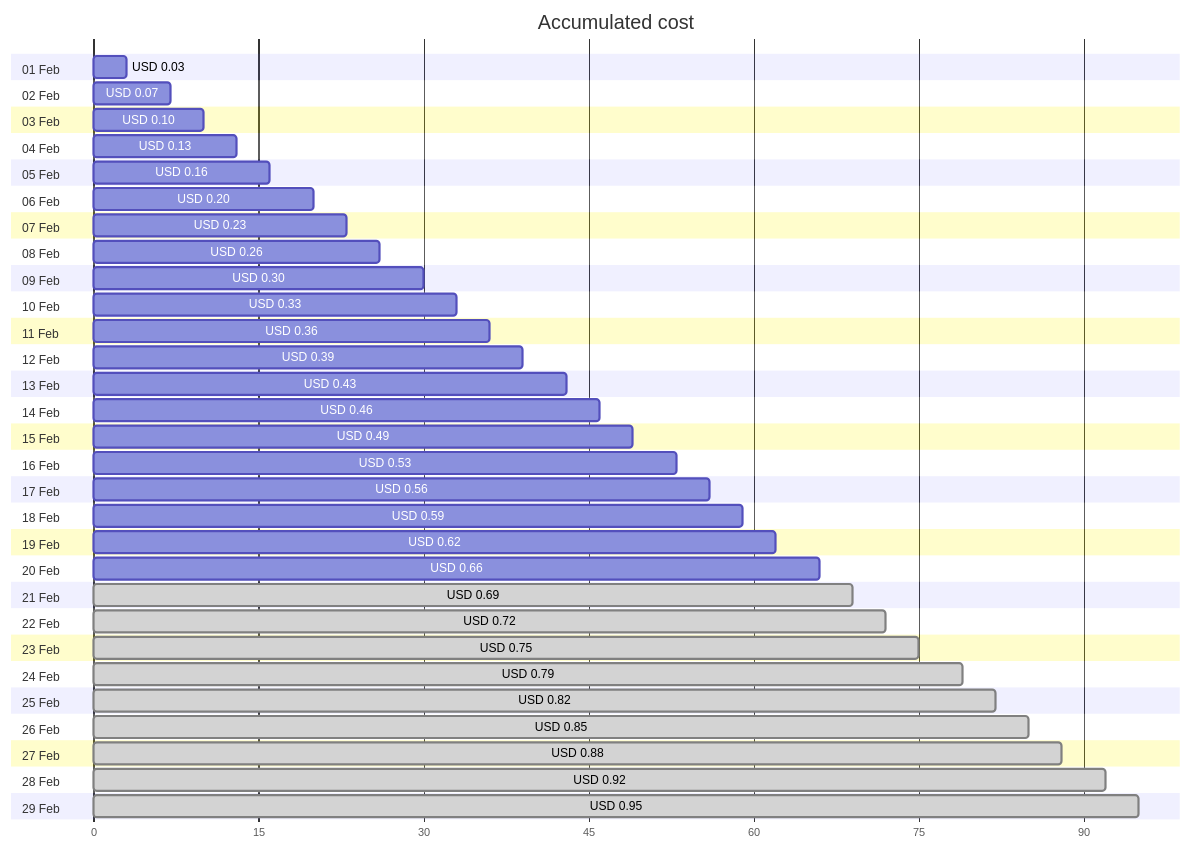
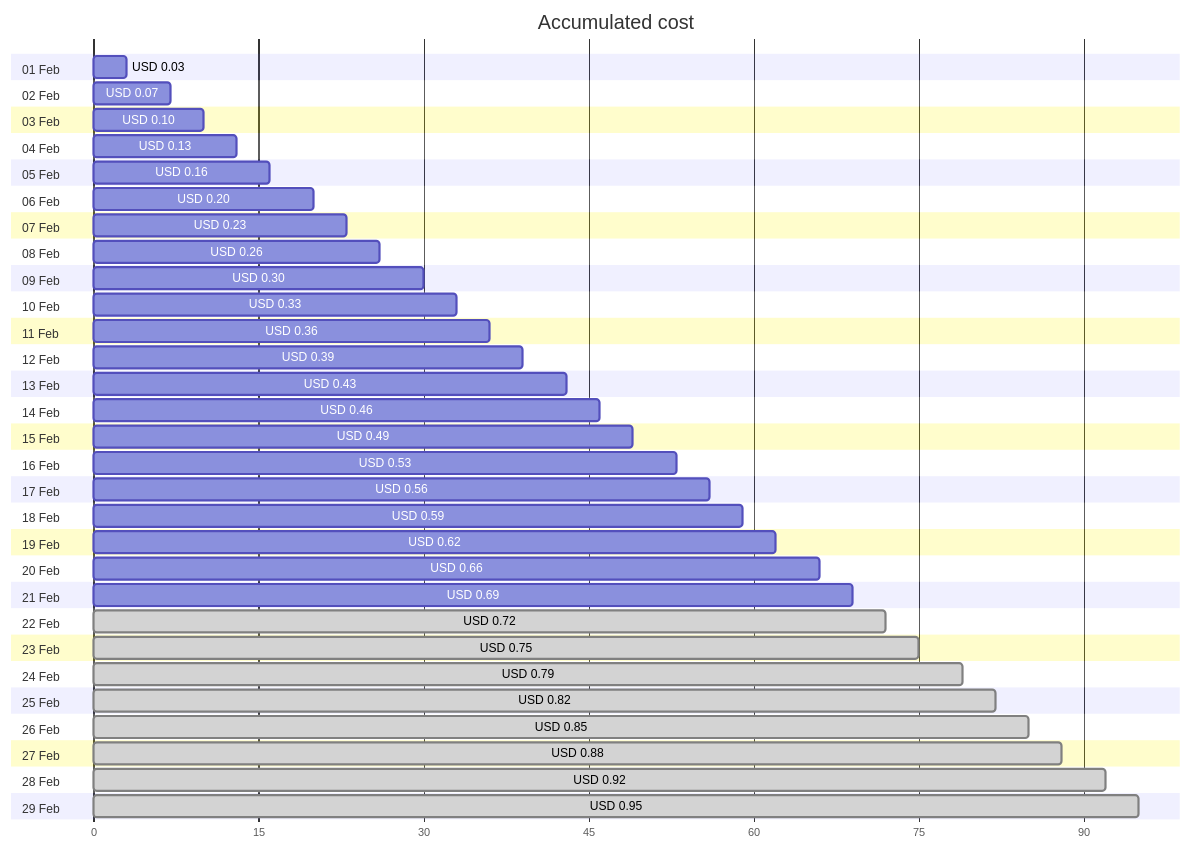
One commit to jpfulton/azure-personal-reports changed the first of 4 diagrams in cost-reports/personal-dns/README.md. Above: the diagram before and after it, drawn with Mermaid. The commit also changed other lines of this file and 2 other files, not shown here.

````diff
--- a/cost-reports/personal-dns/README.md
+++ b/cost-reports/personal-dns/README.md
@@ -20,64 +20,64 @@
 ```mermaid
 gantt
    title Accumulated cost
    dateFormat  X
    axisFormat %s
    section 01 Feb
    USD 0.03 :0, 3
    section 02 Feb
    USD 0.07 :0, 7
    section 03 Feb
    USD 0.10 :0, 10
    section 04 Feb
    USD 0.13 :0, 13
    section 05 Feb
    USD 0.16 :0, 16
    section 06 Feb
    USD 0.20 :0, 20
    section 07 Feb
    USD 0.23 :0, 23
    section 08 Feb
    USD 0.26 :0, 26
    section 09 Feb
    USD 0.30 :0, 30
    section 10 Feb
    USD 0.33 :0, 33
    section 11 Feb
    USD 0.36 :0, 36
    section 12 Feb
    USD 0.39 :0, 39
    section 13 Feb
    USD 0.43 :0, 43
    section 14 Feb
    USD 0.46 :0, 46
    section 15 Feb
    USD 0.49 :0, 49
    section 16 Feb
    USD 0.53 :0, 53
    section 17 Feb
    USD 0.56 :0, 56
    section 18 Feb
    USD 0.59 :0, 59
    section 19 Feb
    USD 0.62 :0, 62
    section 20 Feb
    USD 0.66 :0, 66
    section 21 Feb
-   USD 0.69 : done, 0, 69
+   USD 0.69 :0, 69
    section 22 Feb
    USD 0.72 : done, 0, 72
    section 23 Feb
    USD 0.75 : done, 0, 75
    section 24 Feb
    USD 0.79 : done, 0, 79
    section 25 Feb
    USD 0.82 : done, 0, 82
    section 26 Feb
    USD 0.85 : done, 0, 85
    section 27 Feb
    USD 0.88 : done, 0, 88
    section 28 Feb
    USD 0.92 : done, 0, 92
    section 29 Feb
    USD 0.95 : done, 0, 95
 ```
````
